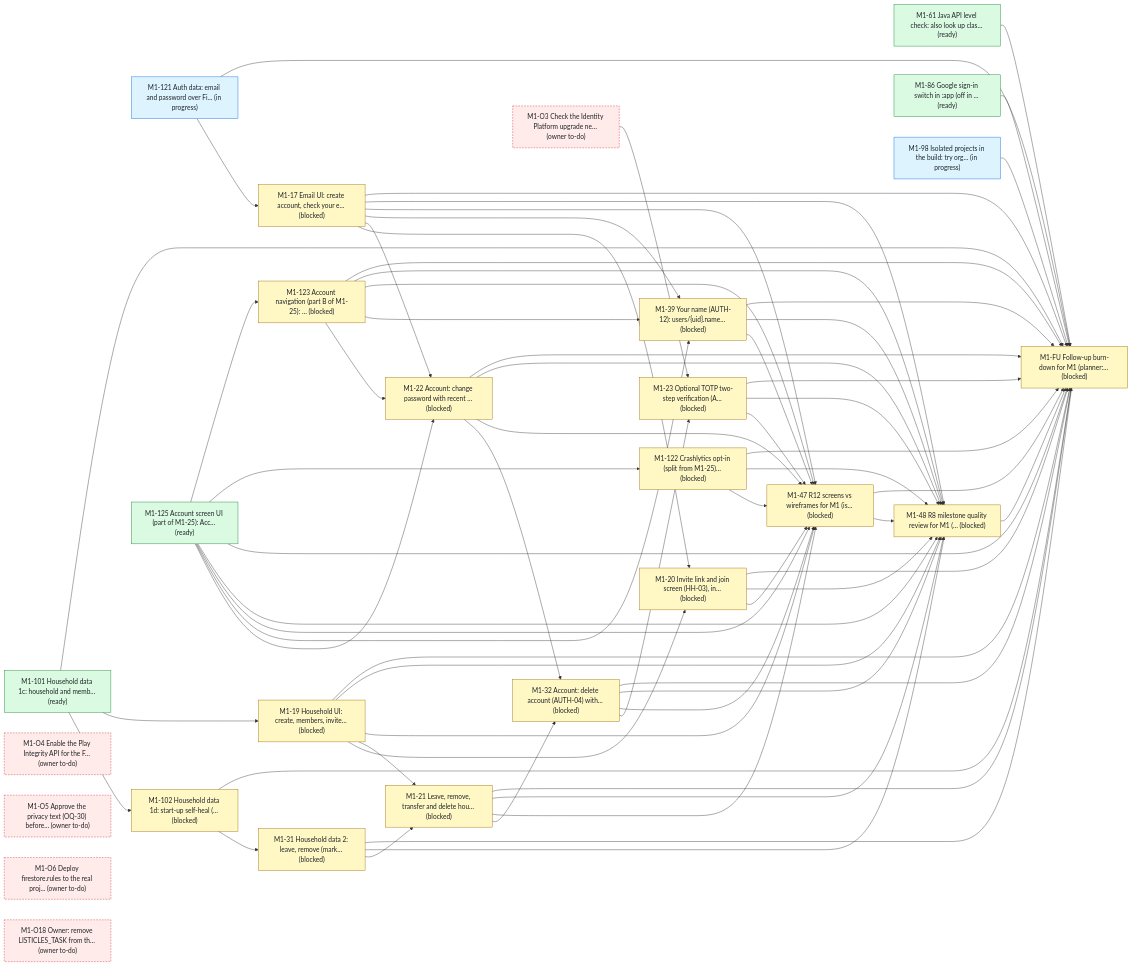
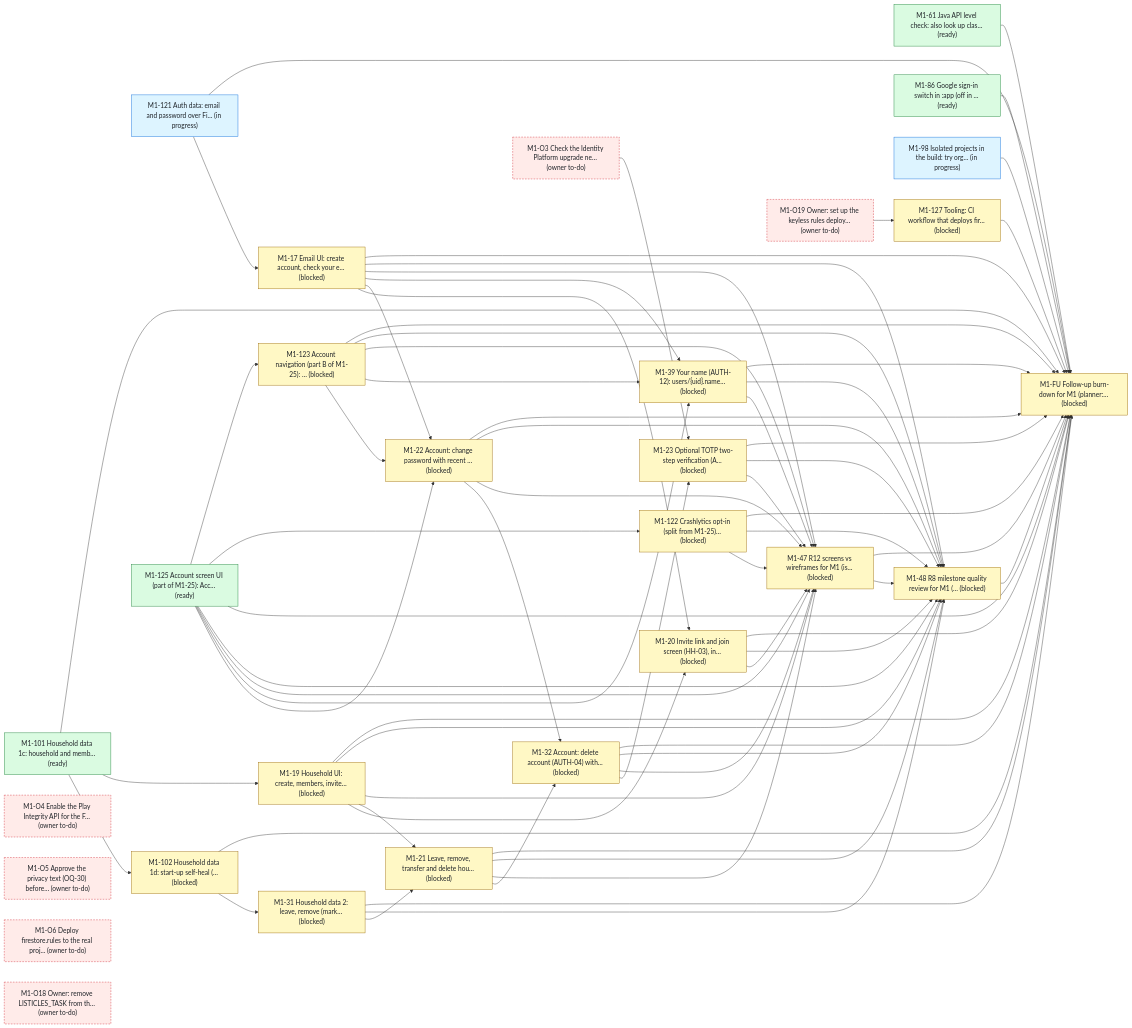
The first of 4 diagrams in status.md (bondo/listicles2), drawn with Mermaid before and after one commit. The commit also changed other lines of this file and 3 other files, not shown here.

```diff
--- a/status.md
+++ b/status.md
@@ -277,6 +279,8 @@
     n23["M1-122 Crashlytics opt-in (split from M1-25)… (blocked)"]:::blocked
     n24["M1-123 Account navigation (part B of M1-25): … (blocked)"]:::blocked
     n25["M1-125 Account screen UI (part of M1-25): Acc… (ready)"]:::ready
+    n26["M1-O19 Owner: set up the keyless rules deploy… (owner to-do)"]:::owner
+    n27["M1-127 Tooling: CI workflow that deploys fir… (blocked)"]:::blocked
     n0 --> n1
     n2 --> n3
     n3 --> n4
@@ -324,6 +328,7 @@
     n25 --> n15
     n21 --> n15
     n0 --> n15
+    n27 --> n15
     n1 --> n15
     n5 --> n15
     n6 --> n15
@@ -341,6 +346,7 @@
     n3 --> n15
     n25 --> n23
     n25 --> n24
+    n26 --> n27
     classDef ready fill:#dafbe1,stroke:#1a7f37,color:#1f2328
     classDef progress fill:#ddf4ff,stroke:#0969da,color:#1f2328
     classDef blocked fill:#fff8c5,stroke:#9a6700,color:#1f2328
```
